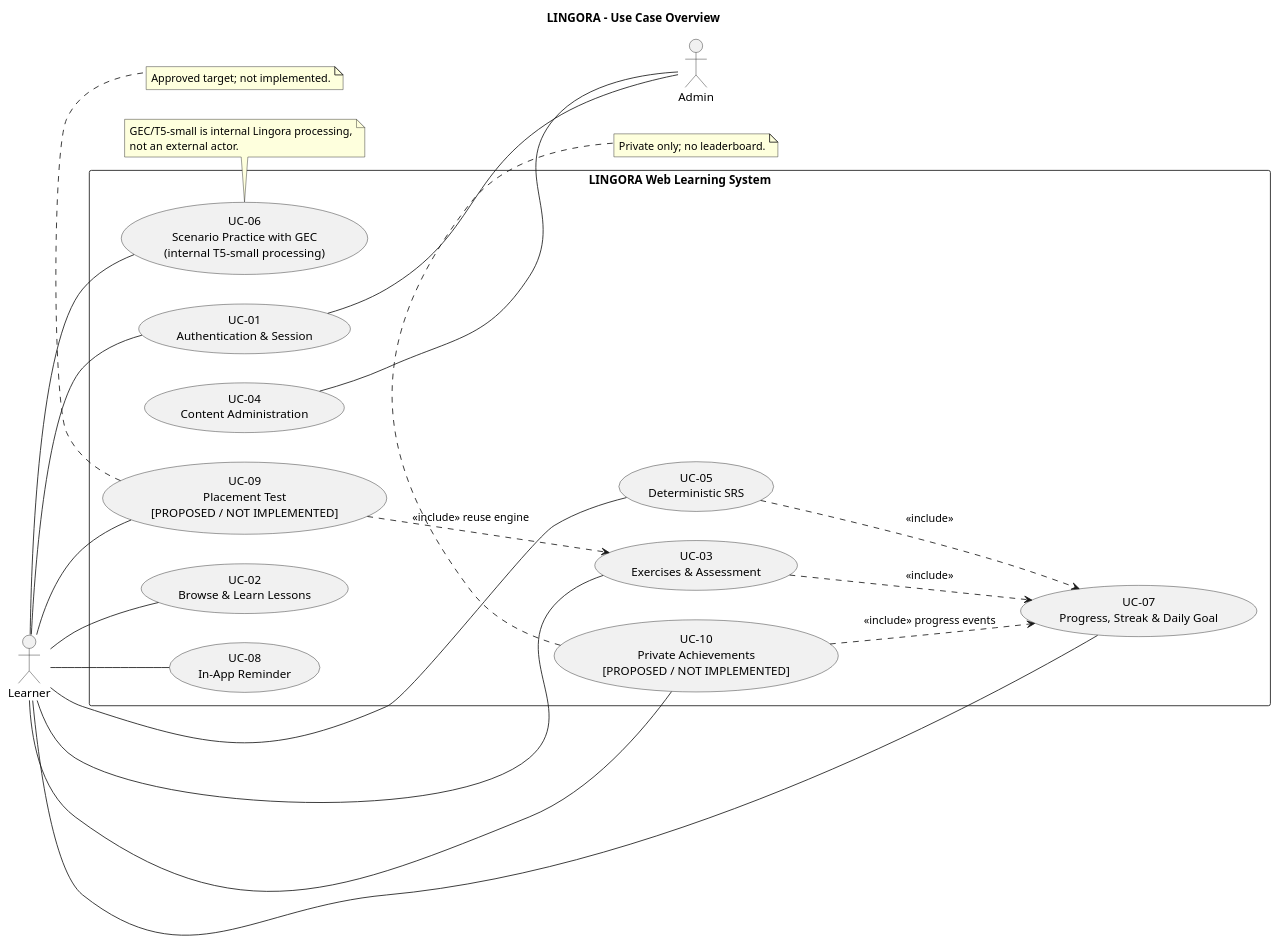
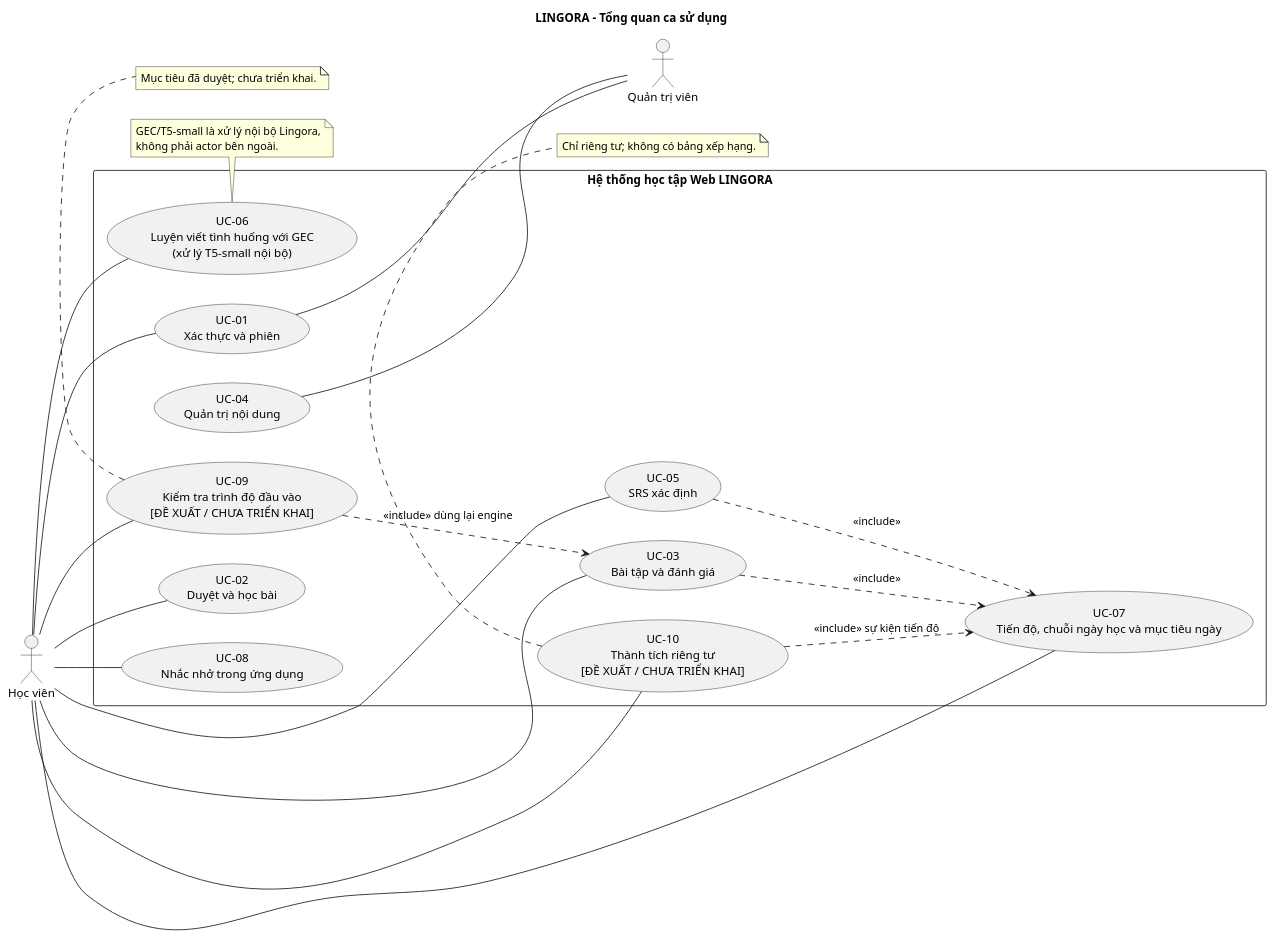
The diagram in docs/plantuml/use-case-overview.puml (PhamNguyenThanhTung/lingora-workspace), drawn with PlantUML before and after one commit. The commit also changed 25 other files, not shown here.

Commit message:
docs: vietnamize PlantUML diagrams

```diff
--- a/docs/plantuml/use-case-overview.puml
+++ b/docs/plantuml/use-case-overview.puml
@@ -1,51 +1,51 @@
 @startuml
-title LINGORA - Use Case Overview
+title LINGORA - Tổng quan ca sử dụng
 left to right direction
 skinparam packageStyle rectangle
 skinparam shadowing false
 
-actor Learner
+actor "Học viên" as Learner
 
-rectangle "LINGORA Web Learning System" {
-  usecase "UC-01\nAuthentication & Session" as UC01
-  usecase "UC-02\nBrowse & Learn Lessons" as UC02
-  usecase "UC-03\nExercises & Assessment" as UC03
-  usecase "UC-04\nContent Administration" as UC04
-  usecase "UC-05\nDeterministic SRS" as UC05
-  usecase "UC-06\nScenario Practice with GEC\n(internal T5-small processing)" as UC06
-  usecase "UC-07\nProgress, Streak & Daily Goal" as UC07
-  usecase "UC-08\nIn-App Reminder" as UC08
-  usecase "UC-09\nPlacement Test\n[PROPOSED / NOT IMPLEMENTED]" as UC09
-  usecase "UC-10\nPrivate Achievements\n[PROPOSED / NOT IMPLEMENTED]" as UC10
+rectangle "Hệ thống học tập Web LINGORA" {
+  usecase "UC-01\nXác thực và phiên" as UC01
+  usecase "UC-02\nDuyệt và học bài" as UC02
+  usecase "UC-03\nBài tập và đánh giá" as UC03
+  usecase "UC-04\nQuản trị nội dung" as UC04
+  usecase "UC-05\nSRS xác định" as UC05
+  usecase "UC-06\nLuyện viết tình huống với GEC\n(xử lý T5-small nội bộ)" as UC06
+  usecase "UC-07\nTiến độ, chuỗi ngày học và mục tiêu ngày" as UC07
+  usecase "UC-08\nNhắc nhở trong ứng dụng" as UC08
+  usecase "UC-09\nKiểm tra trình độ đầu vào\n[ĐỀ XUẤT / CHƯA TRIỂN KHAI]" as UC09
+  usecase "UC-10\nThành tích riêng tư\n[ĐỀ XUẤT / CHƯA TRIỂN KHAI]" as UC10
 }
 
-actor Admin
+actor "Quản trị viên" as Admin
 
 Learner -- UC01
 Learner -- UC02
 Learner -- UC03
 Learner -- UC05
 Learner -- UC06
 Learner -- UC07
 Learner -- UC08
 Learner -- UC09
 Learner -- UC10
 UC01 -- Admin
 UC04 -- Admin
 
 UC03 ..> UC07 : <<include>>
 UC05 ..> UC07 : <<include>>
-UC09 ..> UC03 : <<include>> reuse engine
-UC10 ..> UC07 : <<include>> progress events
+UC09 ..> UC03 : <<include>> dùng lại engine
+UC10 ..> UC07 : <<include>> sự kiện tiến độ
 
 note bottom of UC06
-  GEC/T5-small is internal Lingora processing,
-  not an external actor.
+  GEC/T5-small là xử lý nội bộ Lingora,
+  không phải actor bên ngoài.
 end note
 note bottom of UC09
-  Approved target; not implemented.
+  Mục tiêu đã duyệt; chưa triển khai.
 end note
 note bottom of UC10
-  Private only; no leaderboard.
+  Chỉ riêng tư; không có bảng xếp hạng.
 end note
 @enduml
```
